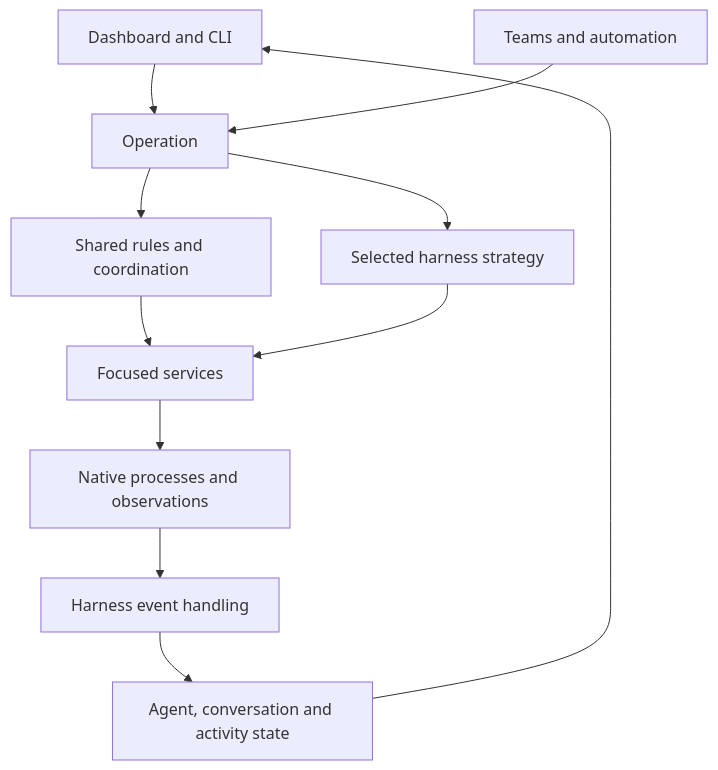
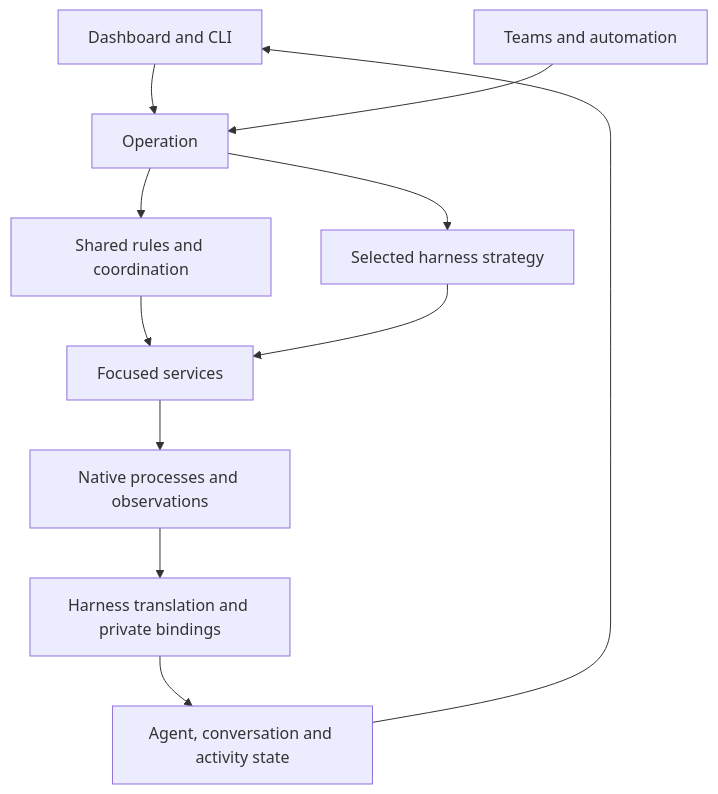
The diagram in docs/v2-plan-and-ideas/README.md (tofutools/tclaude), drawn with Mermaid before and after one commit. The commit also changed other lines of this file and 3 other files, not shown here.

Commit message:
docs: keep native harness semantics behind platform model

````diff
--- a/docs/v2-plan-and-ideas/README.md
+++ b/docs/v2-plan-and-ideas/README.md
@@ -25,13 +26,13 @@
 ```mermaid
 flowchart TD
     UI[Dashboard and CLI] --> Op[Operation]
     Auto[Teams and automation] --> Op
     Op --> Shared[Shared rules and coordination]
     Op --> Strategy[Selected harness strategy]
     Shared --> Services[Focused services]
     Strategy --> Services
     Services --> Native[Native processes and observations]
-    Native --> Integration[Harness event handling]
+    Native --> Integration[Harness translation and private bindings]
     Integration --> State[Agent, conversation and activity state]
     State --> UI
 ```
````
